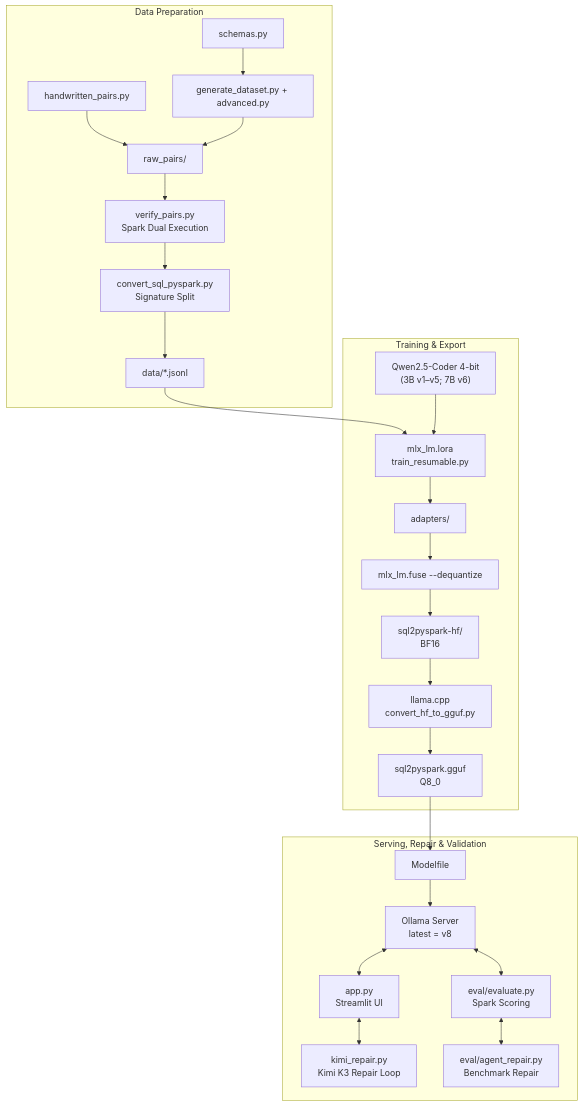
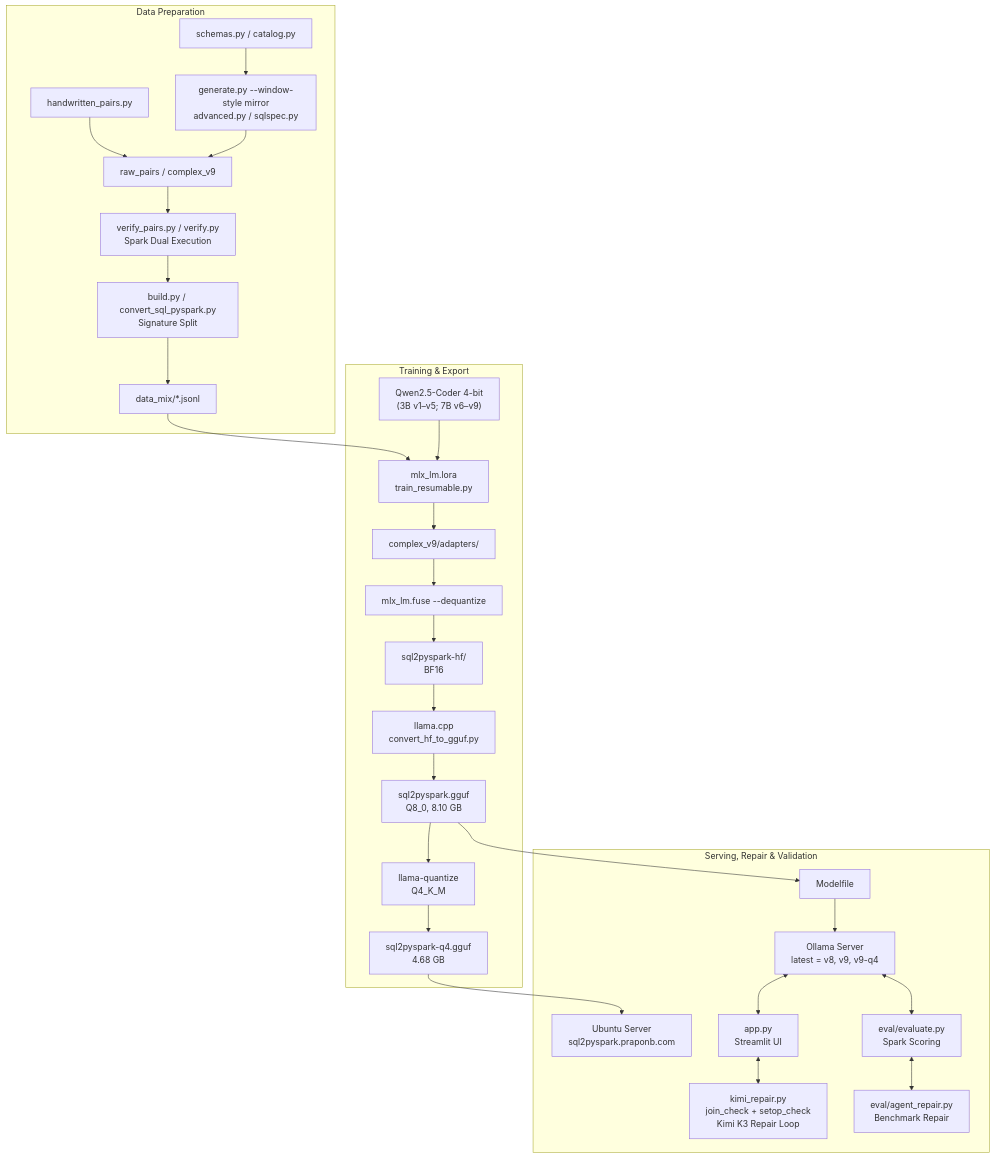
The diagram in PROJECT_DOCUMENTATION.md (praponb/Finetuning-LLM), drawn with Mermaid before and after one commit. The commit also changed other lines of this file and 26 other files, not shown here.

````diff
--- a/PROJECT_DOCUMENTATION.md
+++ b/PROJECT_DOCUMENTATION.md
@@ -41,30 +44,33 @@
 ```mermaid
 flowchart TD
     subgraph DataPrep [Data Preparation]
-        Schemas[schemas.py] --> Gen[generate_dataset.py + advanced.py]
+        Schemas[schemas.py / catalog.py] --> Gen[generate.py --window-style mirror<br/>advanced.py / sqlspec.py]
         HW[handwritten_pairs.py] --> Raw
-        Gen --> Raw[raw_pairs/]
-        Raw --> SparkCheck[verify_pairs.py<br/>Spark Dual Execution]
-        SparkCheck --> Split[convert_sql_pyspark.py<br/>Signature Split]
-        Split --> JSONL[data/*.jsonl]
+        Gen --> Raw[raw_pairs / complex_v9]
+        Raw --> SparkCheck[verify_pairs.py / verify.py<br/>Spark Dual Execution]
+        SparkCheck --> Split[build.py / convert_sql_pyspark.py<br/>Signature Split]
+        Split --> JSONL[data_mix/*.jsonl]
     end
 
     subgraph TrainPhase [Training & Export]
         JSONL --> MLX[mlx_lm.lora<br/>train_resumable.py]
-        BaseModel["Qwen2.5-Coder 4-bit<br/>(3B v1–v5; 7B v6)"] --> MLX
-        MLX --> Adapters[adapters/]
+        BaseModel["Qwen2.5-Coder 4-bit<br/>(3B v1–v5; 7B v6–v9)"] --> MLX
+        MLX --> Adapters[complex_v9/adapters/]
         Adapters --> Fuse[mlx_lm.fuse --dequantize]
         Fuse --> HF[sql2pyspark-hf/<br/>BF16]
         HF --> Llama[llama.cpp<br/>convert_hf_to_gguf.py]
-        Llama --> GGUF[sql2pyspark.gguf<br/>Q8_0]
+        Llama --> GGUF[sql2pyspark.gguf<br/>Q8_0, 8.10 GB]
+        GGUF --> Quant[llama-quantize<br/>Q4_K_M]
+        Quant --> Q4GGUF[sql2pyspark-q4.gguf<br/>4.68 GB]
     end
 
     subgraph ServeEval [Serving, Repair & Validation]
         GGUF --> Modelfile[Modelfile]
-        Modelfile --> Ollama[Ollama Server<br/>latest = v8]
+        Modelfile --> Ollama[Ollama Server<br/>latest = v8, v9, v9-q4]
+        Q4GGUF --> OllamaServer[Ubuntu Server<br/>sql2pyspark.praponb.com]
         Ollama <--> Streamlit[app.py<br/>Streamlit UI]
-        Streamlit <--> Kimi[kimi_repair.py<br/>Kimi K3 Repair Loop]
+        Streamlit <--> Kimi[kimi_repair.py<br/>join_check + setop_check<br/>Kimi K3 Repair Loop]
         Ollama <--> Eval[eval/evaluate.py<br/>Spark Scoring]
         Eval <--> AgentRepair[eval/agent_repair.py<br/>Benchmark Repair]
     end
 ```
````
